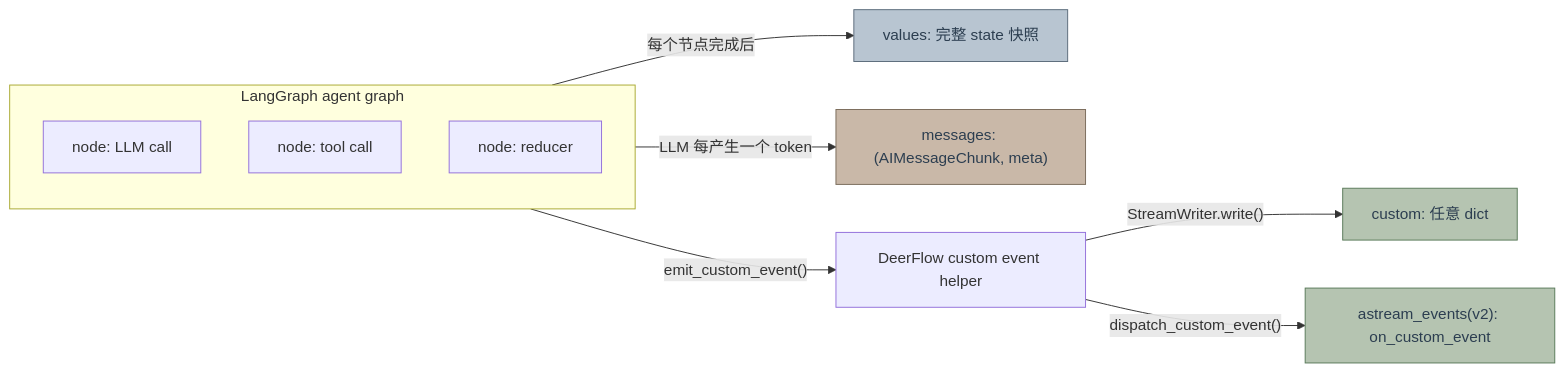
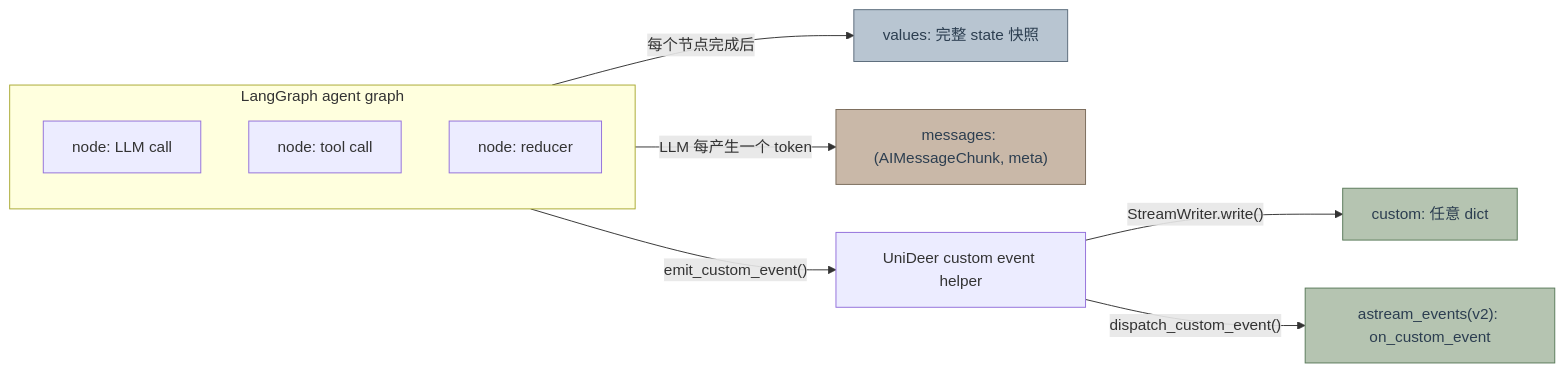
The first of 5 diagrams in backend/docs/STREAMING.md (LTgitspace/deer-flow), drawn with Mermaid before and after one commit. The commit also changed other lines of this file and 106 other files, not shown here.

Commit message:
rebrand into uni deer

````diff
--- a/backend/docs/STREAMING.md
+++ b/backend/docs/STREAMING.md
@@ -53,24 +53,24 @@
 ```mermaid
 flowchart LR
     classDef values fill:#B8C5D1,stroke:#5A6B7A,color:#2C3E50
     classDef messages fill:#C9B8A8,stroke:#7A6B5A,color:#2C3E50
     classDef custom fill:#B5C4B1,stroke:#5A7A5A,color:#2C3E50
 
     subgraph LG["LangGraph agent graph"]
         direction TB
         Node1["node: LLM call"]
         Node2["node: tool call"]
         Node3["node: reducer"]
     end
 
     LG -->|"每个节点完成后"| V["values: 完整 state 快照"]
     Node1 -->|"LLM 每产生一个 token"| M["messages: (AIMessageChunk, meta)"]
-    Node1 -->|"emit_custom_event()"| E["DeerFlow custom event helper"]
+    Node1 -->|"emit_custom_event()"| E["UniDeer custom event helper"]
     E -->|"StreamWriter.write()"| C["custom: 任意 dict"]
     E -->|"dispatch_custom_event()"| A["astream_events(v2): on_custom_event"]
 
     class V values
     class M messages
     class C custom
     class A custom
 ```
````
